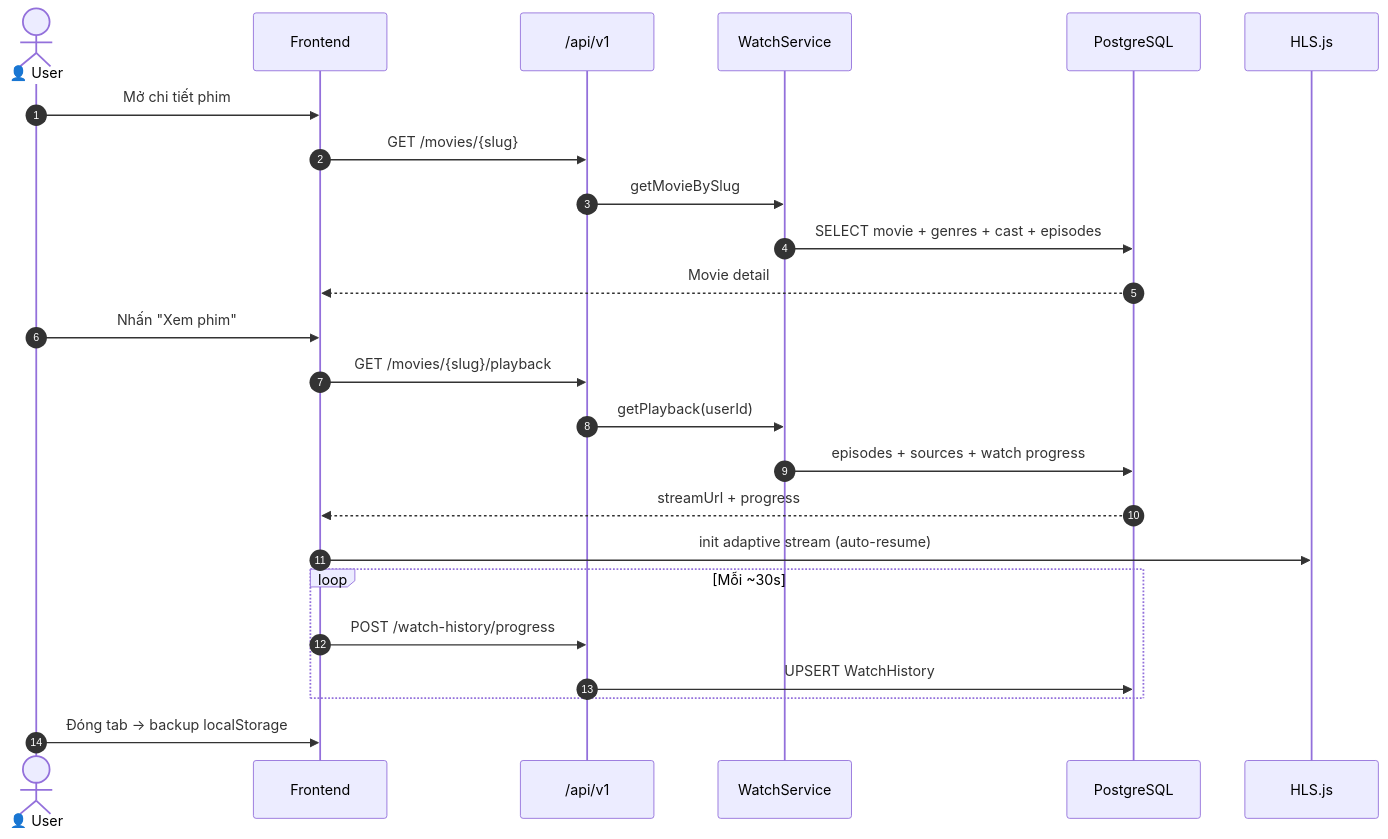
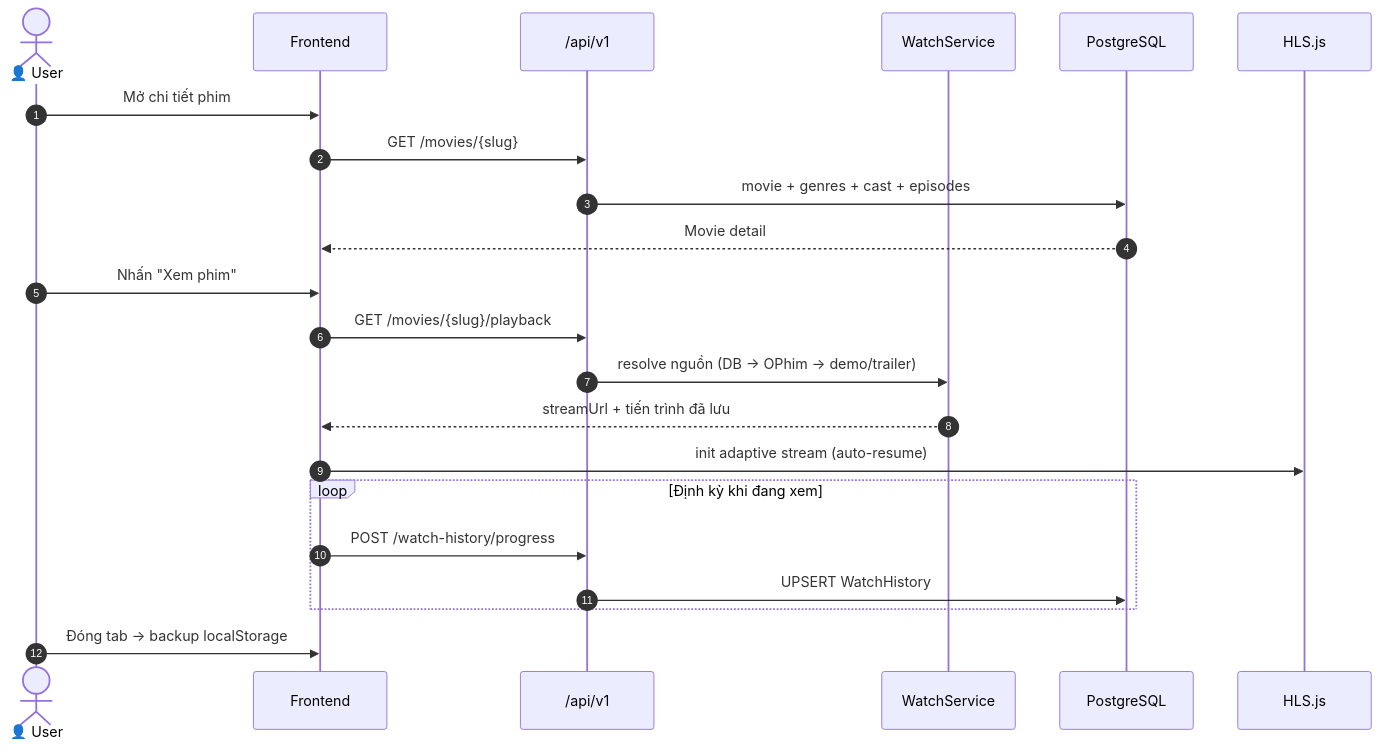
The fifth of 10 diagrams in README.md (Terence-0310/TERENCE), drawn with Mermaid before and after one commit. The commit also changed other lines of this file and 191 other files, not shown here.

````diff
--- a/README.md
+++ b/README.md
@@ -681,27 +670,25 @@
 ```mermaid
 sequenceDiagram
     autonumber
     actor U as 👤 User
     participant FE as Frontend
     participant API as /api/v1
     participant SV as WatchService
     participant DB as PostgreSQL
     participant HLS as HLS.js
 
     U->>FE: Mở chi tiết phim
     FE->>API: GET /movies/{slug}
-    API->>SV: getMovieBySlug
-    SV->>DB: SELECT movie + genres + cast + episodes
+    API->>DB: movie + genres + cast + episodes
     DB-->>FE: Movie detail
     U->>FE: Nhấn "Xem phim"
     FE->>API: GET /movies/{slug}/playback
-    API->>SV: getPlayback(userId)
-    SV->>DB: episodes + sources + watch progress
-    DB-->>FE: streamUrl + progress
+    API->>SV: resolve nguồn (DB → OPhim → demo/trailer)
+    SV-->>FE: streamUrl + tiến trình đã lưu
     FE->>HLS: init adaptive stream (auto-resume)
-    loop Mỗi ~30s
+    loop Định kỳ khi đang xem
         FE->>API: POST /watch-history/progress
         API->>DB: UPSERT WatchHistory
     end
     U->>FE: Đóng tab → backup localStorage
 ```
````
